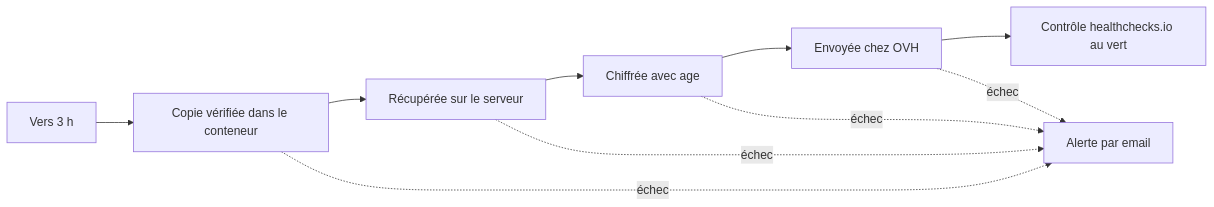
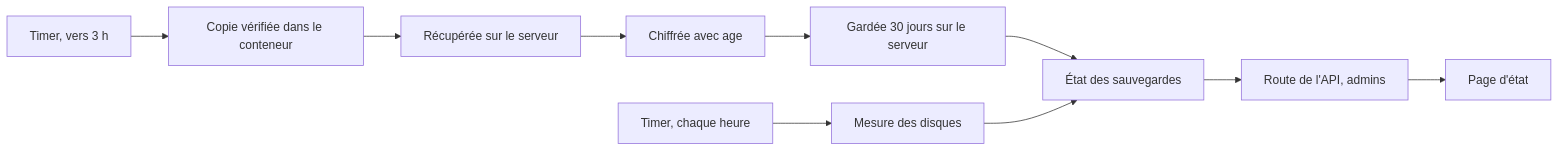
Before and after one commit to design-cpu/yeita-recrutement: the second of 2 diagrams in hlyja/technique/architecture.humain.md, drawn with Mermaid. The commit also changed other lines of this file and 29 other files, not shown here.

````diff
--- a/hlyja/technique/architecture.humain.md
+++ b/hlyja/technique/architecture.humain.md
@@ -56,9 +56,10 @@
 ```mermaid
 flowchart LR
-  T[Vers 3 h] --> C[Copie vérifiée dans le conteneur]
+  T[Timer, vers 3 h] --> C[Copie vérifiée dans le conteneur]
   C --> R[Récupérée sur le serveur]
   R --> K[Chiffrée avec age]
-  K --> O[Envoyée chez OVH]
-  O --> H[Contrôle healthchecks.io au vert]
-  C & R & K & O -. échec .-> E[Alerte par email]
+  K --> G[Gardée 30 jours sur le serveur]
+  G --> E[État des sauvegardes]
+  H[Timer, chaque heure] --> D[Mesure des disques] --> E
+  E --> A[Route de l'API, admins] --> P[Page d'état]
 ```
````
